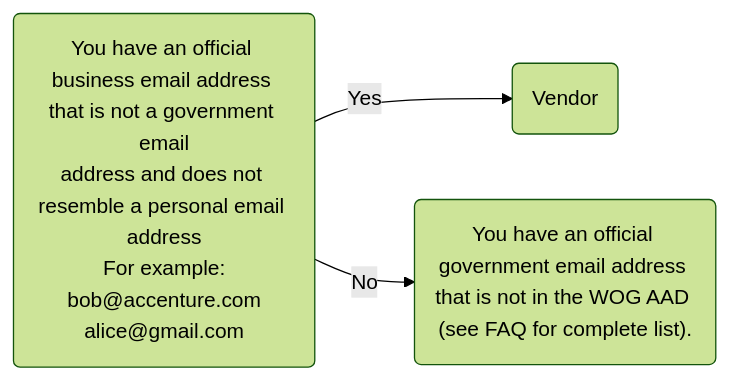
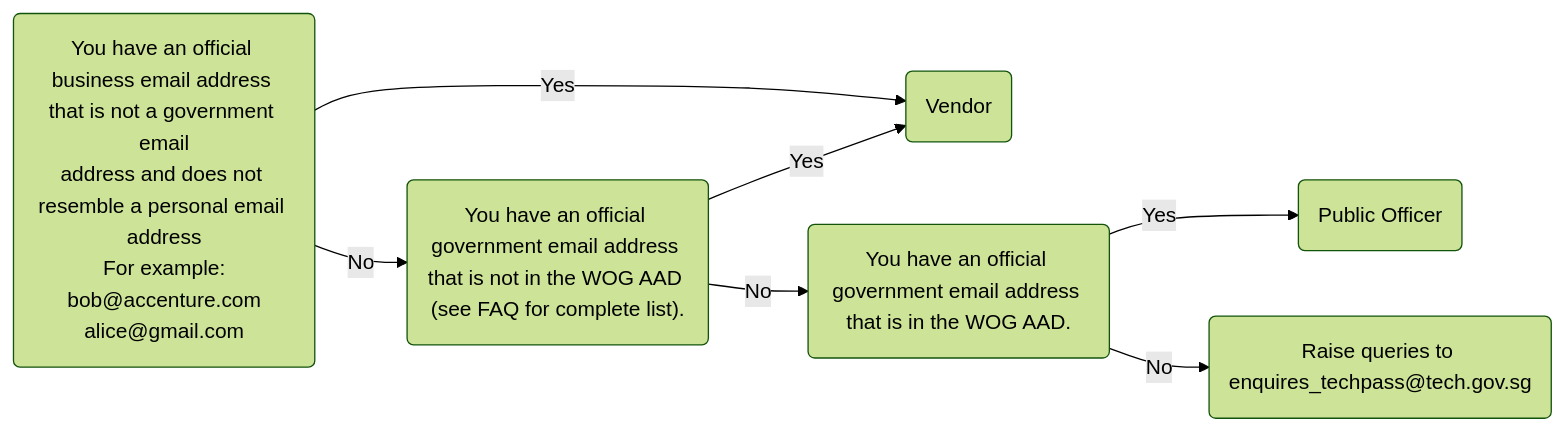
One commit to GovTechSG/techpass-user-docs changed the diagram in docs/onboard-to-techpass.md. Above: the diagram before and after it, drawn with Mermaid (forest theme).

````diff
--- a/docs/onboard-to-techpass.md
+++ b/docs/onboard-to-techpass.md
@@ -7,11 +7,18 @@
 ```mermaid
 graph LR
 
 A --> | Yes | B
 A --> | No | C
+C --> | Yes | B
+C --> | No | D
+D --> | Yes | E
+D --> | No | F
+
 
 A("You have an official business email address that is not a government email<br>address and does not resemble a personal email address<br>For example#58;<br>bob#64;accenture.com<br>alice#64;gmail.com") 
 B(Vendor)
 C("You have an official government email address that is not in the WOG AAD (see FAQ for complete list).")
-
+D("You have an official government email address that is in the WOG AAD.")
+E(Public Officer)
+F("Raise queries to enquires_techpass@tech.gov.sg")
 ```
````
